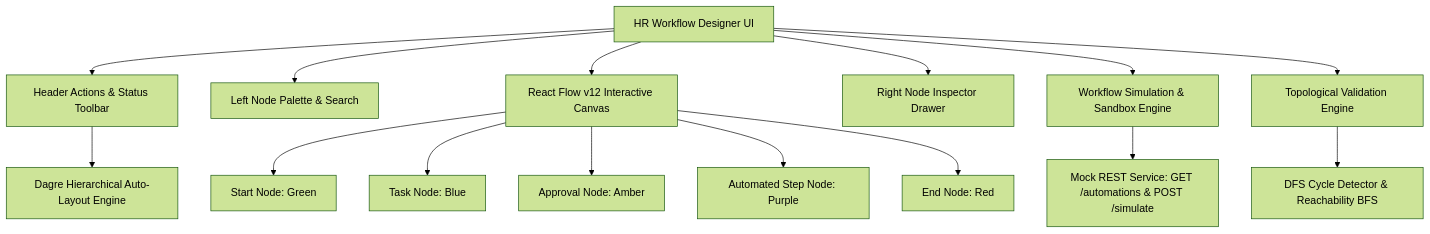
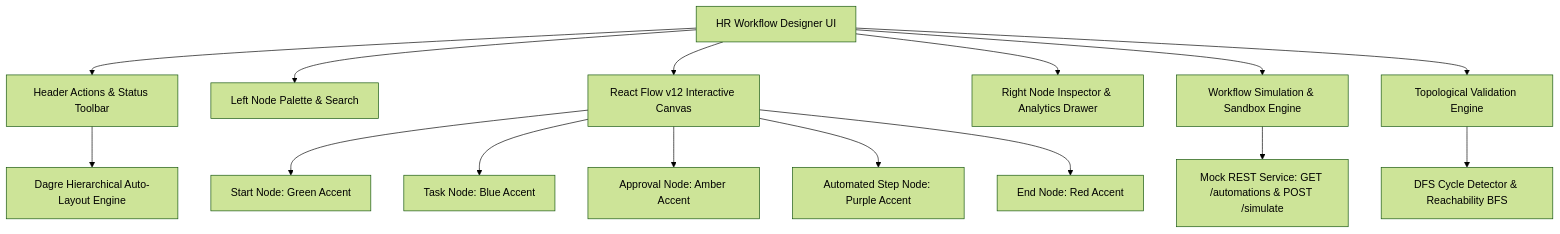
The diagram in README.md (Tejaswani645/tredence-hr-workflow-designer), drawn with Mermaid (forest theme) before and after one commit. The commit also changed other lines of this file, not shown here.

Commit message:
docs: update README with architecture, design decisions, and future roadmap

````diff
--- a/README.md
+++ b/README.md
@@ -34,19 +11,19 @@
 ```mermaid
 graph TD
     UI[HR Workflow Designer UI] --> TopNav[Header Actions & Status Toolbar]
     UI --> Palette[Left Node Palette & Search]
     UI --> Canvas[React Flow v12 Interactive Canvas]
-    UI --> Drawer[Right Node Inspector Drawer]
+    UI --> Drawer[Right Node Inspector & Analytics Drawer]
     UI --> Sandbox[Workflow Simulation & Sandbox Engine]
     UI --> Health[Topological Validation Engine]
 
-    Canvas --> N1[Start Node: Green]
-    Canvas --> N2[Task Node: Blue]
-    Canvas --> N3[Approval Node: Amber]
-    Canvas --> N4[Automated Step Node: Purple]
-    Canvas --> N5[End Node: Red]
+    Canvas --> N1[Start Node: Green Accent]
+    Canvas --> N2[Task Node: Blue Accent]
+    Canvas --> N3[Approval Node: Amber Accent]
+    Canvas --> N4[Automated Step Node: Purple Accent]
+    Canvas --> N5[End Node: Red Accent]
 
     Sandbox --> MockAPI[Mock REST Service: GET /automations & POST /simulate]
     Health --> DFS[DFS Cycle Detector & Reachability BFS]
     TopNav --> Dagre[Dagre Hierarchical Auto-Layout Engine]
 ```
````
